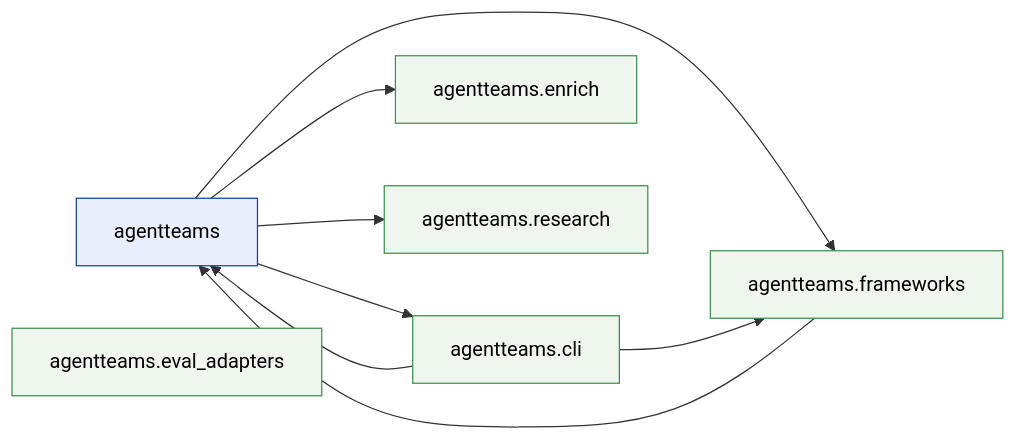
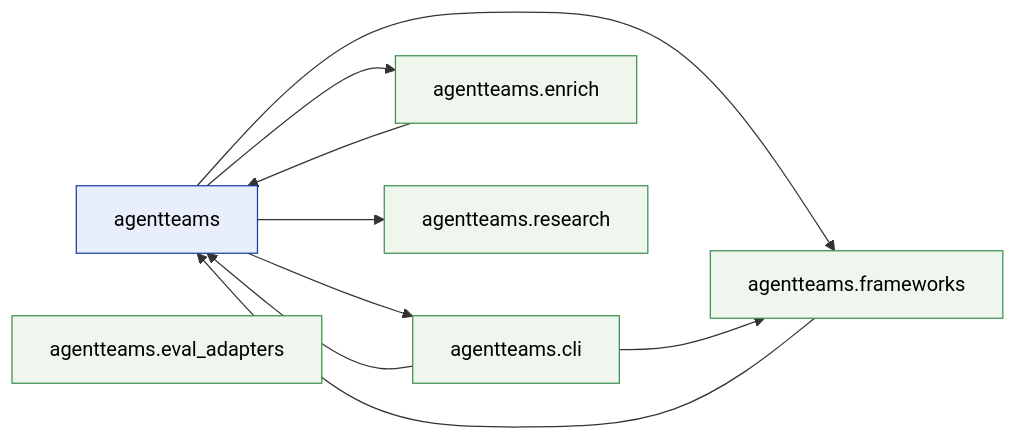
The first of 2 diagrams in references/architecture-graph.md (jlcatonjr/agentteams), drawn with Mermaid before and after one commit. The commit also changed other lines of this file and 25 other files, not shown here.

````diff
--- a/references/architecture-graph.md
+++ b/references/architecture-graph.md
@@ -161,24 +163,25 @@
 ```mermaid
 flowchart LR
     classDef root fill:#e8eefb,stroke:#1b3fa0,color:#000
     classDef sub  fill:#eef6ee,stroke:#3f8f4f,color:#000
     agentteams["agentteams"]
     class agentteams root
     agentteams_cli["agentteams.cli"]
     class agentteams_cli sub
     agentteams_enrich["agentteams.enrich"]
     class agentteams_enrich sub
     agentteams_eval_adapters["agentteams.eval_adapters"]
     class agentteams_eval_adapters sub
     agentteams_frameworks["agentteams.frameworks"]
     class agentteams_frameworks sub
     agentteams_research["agentteams.research"]
     class agentteams_research sub
     agentteams --> agentteams_cli
     agentteams --> agentteams_enrich
     agentteams --> agentteams_frameworks
     agentteams --> agentteams_research
     agentteams_cli --> agentteams
     agentteams_cli --> agentteams_frameworks
+    agentteams_enrich --> agentteams
     agentteams_frameworks --> agentteams
 ```
````
